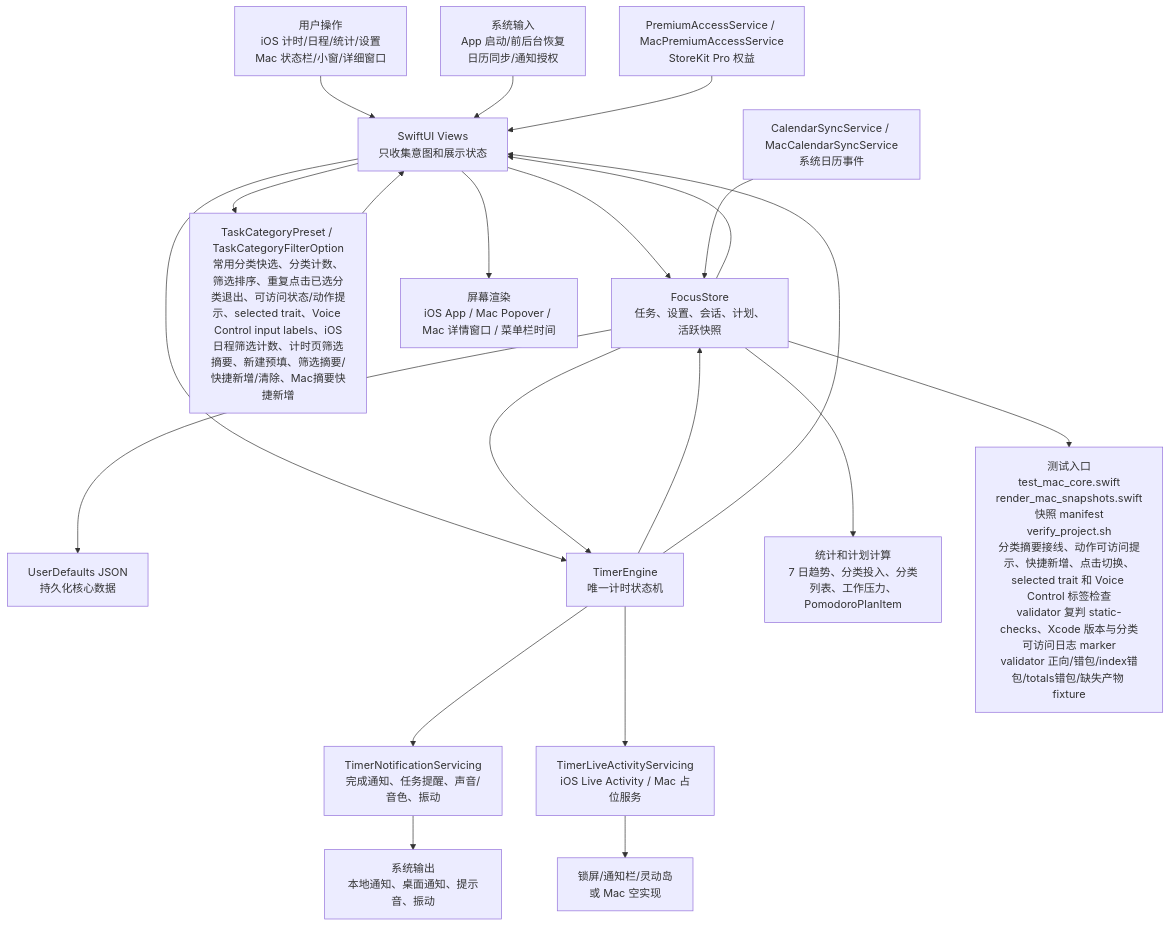
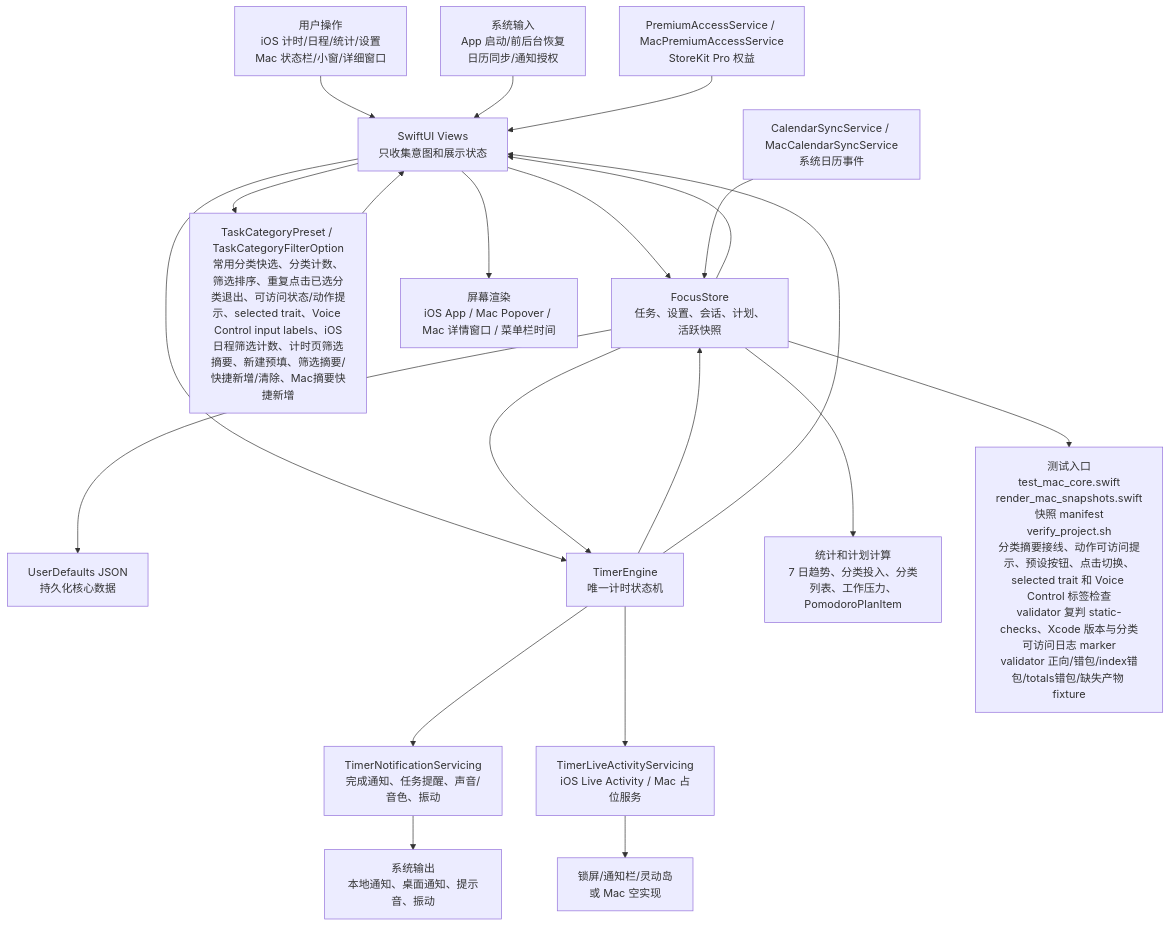
Before and after one commit to Altman-sam114/114: the first of 6 diagrams in md/flow/flowchart.md, drawn with Mermaid. The commit also changed 8 other files, not shown here.

````diff
--- a/md/flow/flowchart.md
+++ b/md/flow/flowchart.md
@@ -9,23 +9,23 @@
 ```mermaid
 flowchart TD
   U["用户操作<br/>iOS 计时/日程/统计/设置<br/>Mac 状态栏/小窗/详细窗口"] --> V["SwiftUI Views<br/>只收集意图和展示状态"]
   SYS["系统输入<br/>App 启动/前后台恢复<br/>日历同步/通知授权"] --> V
   V --> S["FocusStore<br/>任务、设置、会话、计划、活跃快照"]
   V --> CAT["TaskCategoryPreset / TaskCategoryFilterOption<br/>常用分类快选、分类计数、筛选排序、重复点击已选分类退出、可访问状态/动作提示、selected trait、Voice Control input labels、iOS日程筛选计数、计时页筛选摘要、新建预填、筛选摘要/快捷新增/清除、Mac摘要快捷新增"]
   CAT --> V
   S --> P["UserDefaults JSON<br/>持久化核心数据"]
   V --> E["TimerEngine<br/>唯一计时状态机"]
   S --> E
   E --> S
   E --> N["TimerNotificationServicing<br/>完成通知、任务提醒、声音/音色、振动"]
   E --> L["TimerLiveActivityServicing<br/>iOS Live Activity / Mac 占位服务"]
   S --> C["统计和计划计算<br/>7 日趋势、分类投入、分类列表、工作压力、PomodoroPlanItem"]
   CAL["CalendarSyncService / MacCalendarSyncService<br/>系统日历事件"] --> S
   PRO["PremiumAccessService / MacPremiumAccessService<br/>StoreKit Pro 权益"] --> V
   S --> V
   E --> V
   V --> OUT["屏幕渲染<br/>iOS App / Mac Popover / Mac 详情窗口 / 菜单栏时间"]
   N --> OUT2["系统输出<br/>本地通知、桌面通知、提示音、振动"]
   L --> OUT3["锁屏/通知栏/灵动岛<br/>或 Mac 空实现"]
-  S --> T["测试入口<br/>test_mac_core.swift<br/>render_mac_snapshots.swift<br/>快照 manifest<br/>verify_project.sh<br/>分类摘要接线、动作可访问提示、快捷新增、点击切换、selected trait 和 Voice Control 标签检查<br/>validator 复判 static-checks、Xcode 版本与分类可访问日志 marker<br/>validator 正向/错包/index错包/totals错包/缺失产物 fixture"]
+  S --> T["测试入口<br/>test_mac_core.swift<br/>render_mac_snapshots.swift<br/>快照 manifest<br/>verify_project.sh<br/>分类摘要接线、动作可访问提示、预设按钮、点击切换、selected trait 和 Voice Control 标签检查<br/>validator 复判 static-checks、Xcode 版本与分类可访问日志 marker<br/>validator 正向/错包/index错包/totals错包/缺失产物 fixture"]
 ```
````
